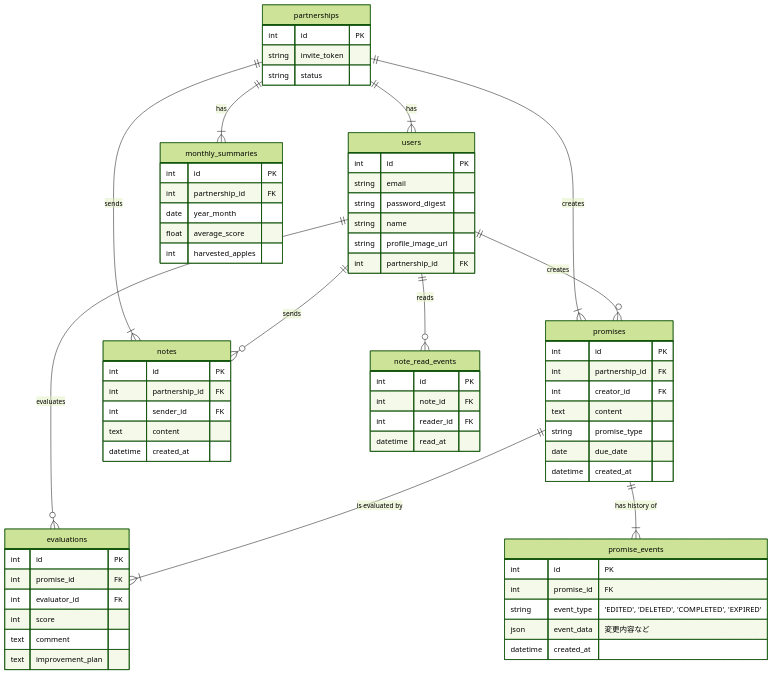
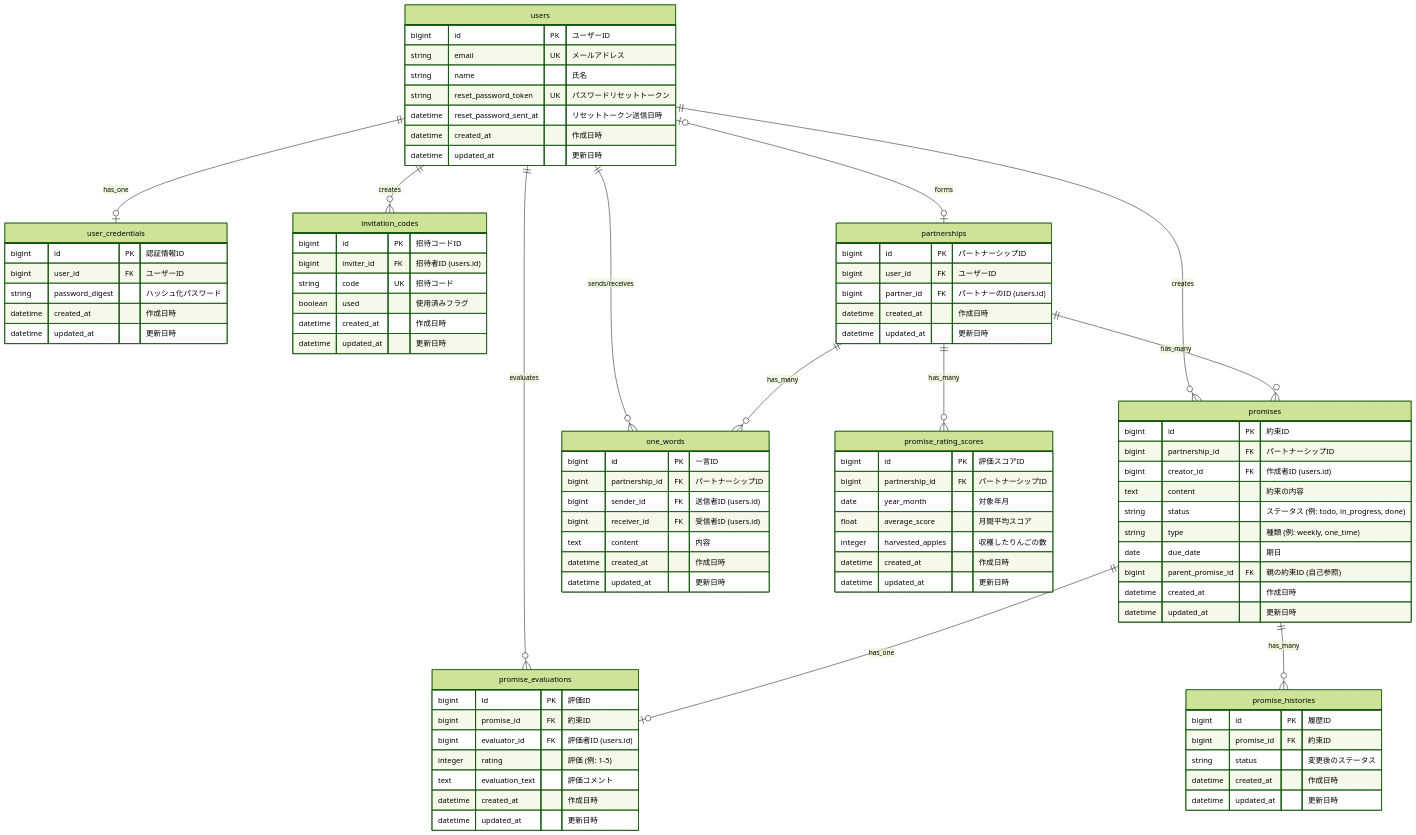
One commit to compile425/yubikirigennmann changed the eighth of 9 diagrams in docs/design.md. Above: the diagram before and after it, drawn with Mermaid (forest theme).

````diff
--- a/docs/design.md
+++ b/docs/design.md
@@ -191,81 +191,102 @@
 ```mermaid
 erDiagram
-    %% --- 関係性の定義 ---
-    partnerships ||--|{ users : "has"
-    partnerships ||--|{ promises : "creates"
-    partnerships ||--|{ notes : "sends"
-    partnerships ||--|{ monthly_summaries : "has"
+    users ||--o| user_credentials : "has_one"
+    users ||--o{ invitation_codes : "creates"
+    users |o--o| partnerships : "forms"
     users ||--o{ promises : "creates"
-    users ||--o{ evaluations : "evaluates"
-    users ||--o{ notes : "sends"
-    users ||--o{ note_read_events : "reads"
-    promises ||--|{ evaluations : "is evaluated by"
-    promises ||--|{ promise_events : "has history of"
+    users ||--o{ promise_evaluations : "evaluates"
+    users ||--o{ one_words : "sends/receives"
+    
+    partnerships ||--o{ promises : "has_many"
+    partnerships ||--o{ one_words : "has_many"
+    partnerships ||--o{ promise_rating_scores : "has_many"
+    
+    promises ||--o| promise_evaluations : "has_one"
+    promises ||--o{ promise_histories : "has_many"
 
+    users {
+        bigint id PK "ユーザーID"
+        string email UK "メールアドレス"
+        string name "氏名"
+        string reset_password_token UK "パスワードリセットトークン"
+        datetime reset_password_sent_at "リセットトークン送信日時"
+        datetime created_at "作成日時"
+        datetime updated_at "更新日時"
+    }
 
-    %% --- テーブル（エンティティ）の定義 ---
-    users {
-        int id "PK"
-        string email
-        string password_digest
-        string name
-        string profile_image_url
-        int partnership_id "FK"
+    user_credentials {
+        bigint id PK "認証情報ID"
+        bigint user_id FK "ユーザーID"
+        string password_digest "ハッシュ化パスワード"
+        datetime created_at "作成日時"
+        datetime updated_at "更新日時"
+    }
+
+    invitation_codes {
+        bigint id PK "招待コードID"
+        bigint inviter_id FK "招待者ID (users.id)"
+        string code UK "招待コード"
+        boolean used "使用済みフラグ"
+        datetime created_at "作成日時"
+        datetime updated_at "更新日時"
     }
 
     partnerships {
-        int id "PK"
-        string invite_token
-        string status
+        bigint id PK "パートナーシップID"
+        bigint user_id FK "ユーザーID"
+        bigint partner_id FK "パートナーのID (users.id)"
+        datetime created_at "作成日時"
+        datetime updated_at "更新日時"
     }
 
     promises {
-        int id "PK"
-        int partnership_id "FK"
-        int creator_id "FK"
-        text content
-        string promise_type
-        date due_date
-        datetime created_at
+        bigint id PK "約束ID"
+        bigint partnership_id FK "パートナーシップID"
+        bigint creator_id FK "作成者ID (users.id)"
+        text content "約束の内容"
+        string status "ステータス (例: todo, in_progress, done)"
+        string type "種類 (例: weekly, one_time)"
+        date due_date "期日"
+        bigint parent_promise_id FK "親の約束ID (自己参照)"
+        datetime created_at "作成日時"
+        datetime updated_at "更新日時"
     }
 
-    promise_events {
-        int id "PK"
-        int promise_id "FK"
-        string event_type "'EDITED', 'DELETED', 'COMPLETED', 'EXPIRED'"
-        json event_data "変更内容など"
-        datetime created_at
+    promise_evaluations {
+        bigint id PK "評価ID"
+        bigint promise_id FK "約束ID"
+        bigint evaluator_id FK "評価者ID (users.id)"
+        integer rating "評価 (例: 1-5)"
+        text evaluation_text "評価コメント"
+        datetime created_at "作成日時"
+        datetime updated_at "更新日時"
     }
 
-    evaluations {
-        int id "PK"
-        int promise_id "FK"
-        int evaluator_id "FK"
-        int score
-        text comment
-        text improvement_plan
+    promise_histories {
+        bigint id PK "履歴ID"
+        bigint promise_id FK "約束ID"
+        string status "変更後のステータス"
+        datetime created_at "作成日時"
+        datetime updated_at "更新日時"
     }
 
-    notes {
-        int id "PK"
-        int partnership_id "FK"
-        int sender_id "FK"
-        text content
-        datetime created_at
+    promise_rating_scores {
+        bigint id PK "評価スコアID"
+        bigint partnership_id FK "パートナーシップID"
+        date year_month "対象年月"
+        float average_score "月間平均スコア"
+        integer harvested_apples "収穫したりんごの数"
+        datetime created_at "作成日時"
+        datetime updated_at "更新日時"
     }
 
-    note_read_events {
-        int id "PK"
-        int note_id "FK"
-        int reader_id "FK"
-        datetime read_at
-    }
-
-    monthly_summaries {
-        int id "PK"
-        int partnership_id "FK"
-        date year_month
-        float average_score
-        int harvested_apples
+    one_words {
+        bigint id PK "一言ID"
+        bigint partnership_id FK "パートナーシップID"
+        bigint sender_id FK "送信者ID (users.id)"
+        bigint receiver_id FK "受信者ID (users.id)"
+        text content "内容"
+        datetime created_at "作成日時"
+        datetime updated_at "更新日時"
     }
 ```
````
